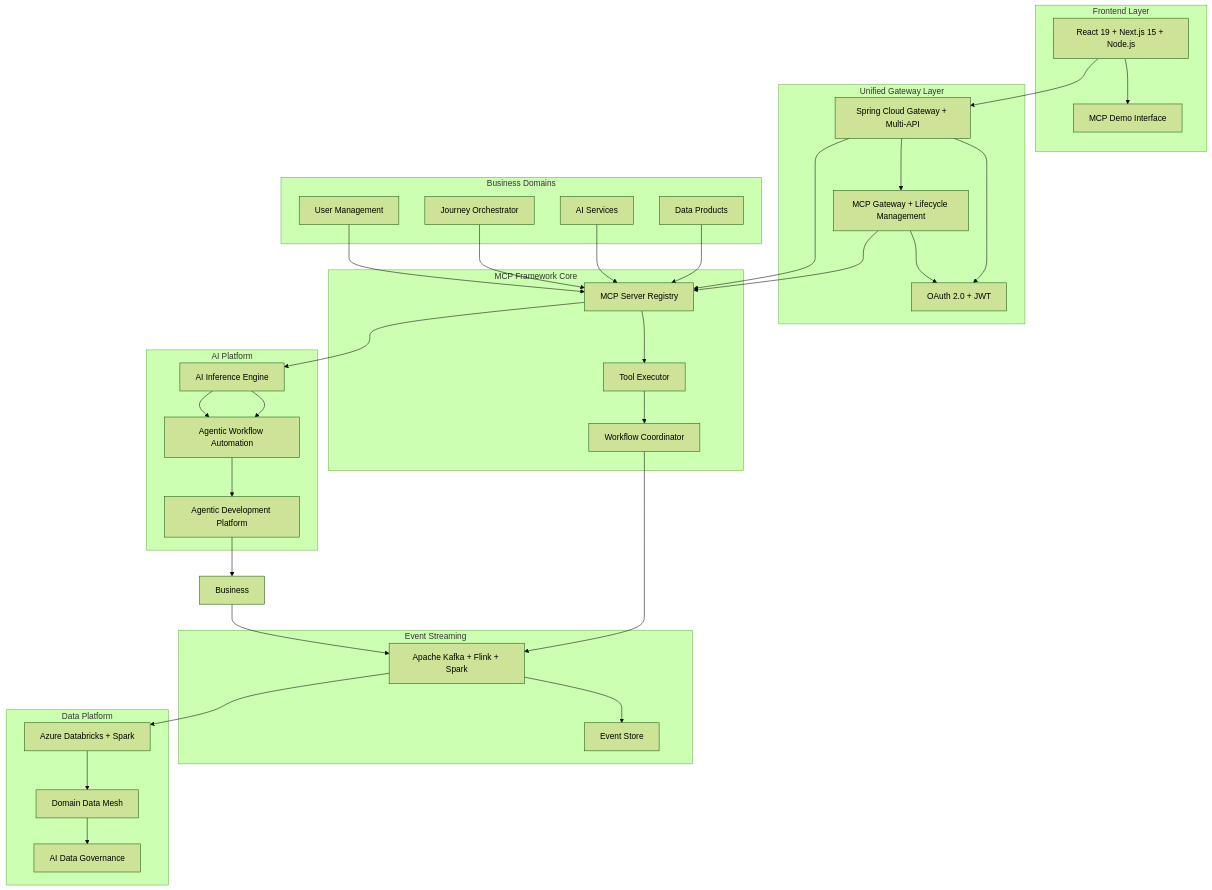
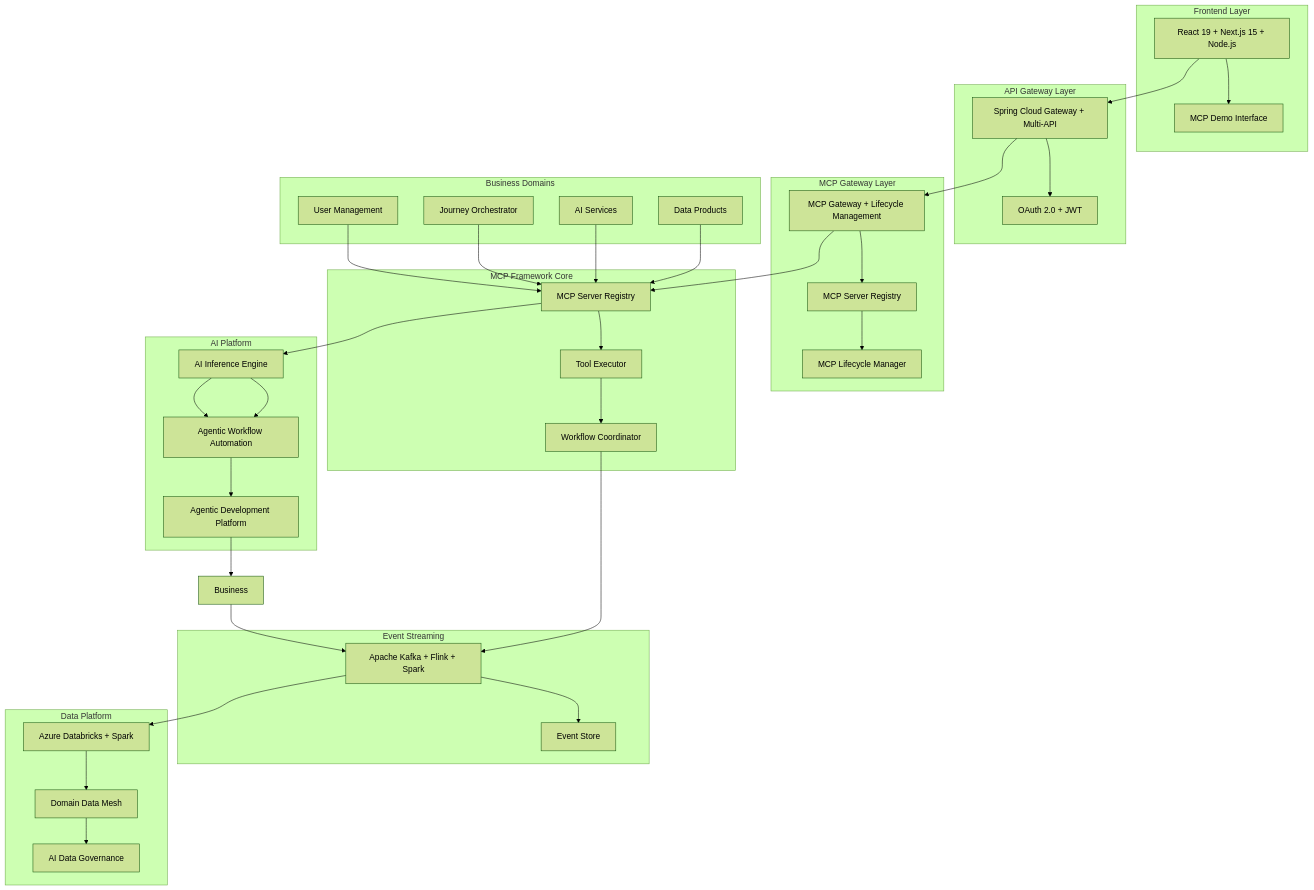
The first of 7 diagrams in README.md (calvinlee999/react_next_java_journey), drawn with Mermaid (forest theme) before and after one commit. The commit also changed other lines of this file and 1 other file, not shown here.

Commit message:
Correct MCP Gateway Architecture: Separate Layer Between API Gateway and MCP Framework
- Added dedicated MCP Gateway layer between API Gateway and MCP Framework
- Separated concerns: API Gateway handles traditional APIs, MCP Gateway handles MCP-specific operations
- Updated Enterprise Architecture Stack to properly show layer separation:
  - API Gateway: Spring Cloud Gateway + REST/Async/GraphQL/WebHook/WebSocket + OpenAPI/AsyncAPI
  - MCP Gateway: MCP Server Registry + MCP Lifecycle Manager + Tool Registry + Protocol Router
  - MCP Framework: Java MCP + Spring AI
- Enhanced system architecture diagram with proper layer connections
- Updated technology stack documentation to reflect architectural separation
- Corrected enterprise patterns to show dedicated MCP layer design
- Improved architectural clarity and separation of concerns

````diff
--- a/README.md
+++ b/README.md
@@ -20,74 +20,80 @@
 ```mermaid
 graph TB
     subgraph "Frontend Layer"
         UI[React 19 + Next.js 15 + Node.js]
         Demo[MCP Demo Interface]
         UI --> Demo
     end
     
-    subgraph "Unified Gateway Layer"
+    subgraph "API Gateway Layer"
         APIGateway[Spring Cloud Gateway + Multi-API]
-        MCPGateway[MCP Gateway + Lifecycle Management]
         Auth[OAuth 2.0 + JWT]
         
         APIGateway --> Auth
-        MCPGateway --> Auth
-        APIGateway --> MCPGateway
+    end
+    
+    subgraph "MCP Gateway Layer"
+        MCPGateway[MCP Gateway + Lifecycle Management]
+        MCPRegistry[MCP Server Registry]
+        MCPLifecycle[MCP Lifecycle Manager]
+        
+        MCPGateway --> MCPRegistry
+        MCPRegistry --> MCPLifecycle
     end
     
     subgraph "MCP Framework Core"
         Registry[MCP Server Registry]
         Executor[Tool Executor]
         Coordinator[Workflow Coordinator]
         
         Registry --> Executor
         Executor --> Coordinator
     end
     
     subgraph "AI Platform"
         AIInference[AI Inference Engine]
         AgenticWorkflow[Agentic Workflow Automation]
         AgenticDev[Agentic Development Platform]
         
         AIInference --> AgenticWorkflow
         AgenticWorkflow --> AgenticDev
     end
     
     subgraph "Business Domains"
         User[User Management]
         Journey[Journey Orchestrator]
         AIServices[AI Services]
         Data[Data Products]
         
         User --> Registry
         Journey --> Registry
         AIServices --> Registry
         Data --> Registry
     end
     
     subgraph "Event Streaming"
         Kafka[Apache Kafka + Flink + Spark]
         Events[Event Store]
         
         Kafka --> Events
     end
     
     subgraph "Data Platform"
         Databricks[Azure Databricks + Spark]
         DataMesh[Domain Data Mesh]
         Governance[AI Data Governance]
         
         Databricks --> DataMesh
         DataMesh --> Governance
     end
     
     UI --> APIGateway
-    APIGateway --> Registry
+    APIGateway --> MCPGateway
     MCPGateway --> Registry
     Registry --> AIInference
     AIInference --> AgenticWorkflow
     AgenticDev --> Business
     Coordinator --> Kafka
     Business --> Kafka
     Kafka --> Databricks
 ```
````
